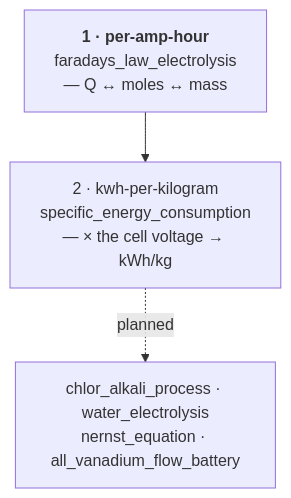
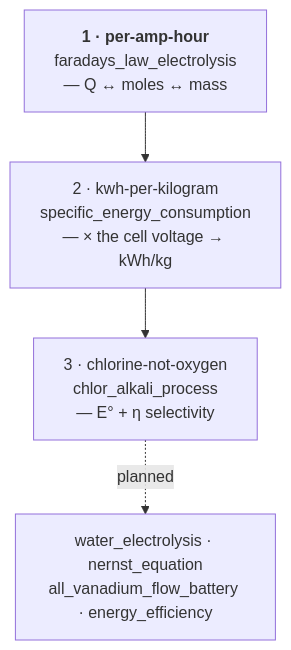
The diagram in skills/chemistry-electrochemistry/tutorial/README.md (sj4nes/clanker-tools), drawn with Mermaid before and after one commit. The commit also changed other lines of this file and 5 other files, not shown here.

````diff
--- a/skills/chemistry-electrochemistry/tutorial/README.md
+++ b/skills/chemistry-electrochemistry/tutorial/README.md
@@ -16,7 +16,8 @@
 ```mermaid
 flowchart TD
     T1["<b>1 · per-amp-hour</b><br/>faradays_law_electrolysis<br/>— Q ↔ moles ↔ mass"]
     T2["2 · kwh-per-kilogram<br/>specific_energy_consumption<br/>— × the cell voltage → kWh/kg"]
-    T1 --> T2
-    T2 -.planned.-> T3["chlor_alkali_process · water_electrolysis<br/>nernst_equation · all_vanadium_flow_battery"]
+    T3["3 · chlorine-not-oxygen<br/>chlor_alkali_process<br/>— E° + η selectivity"]
+    T1 --> T2 --> T3
+    T3 -.planned.-> T4["water_electrolysis · nernst_equation<br/>all_vanadium_flow_battery · energy_efficiency"]
 ```
````
